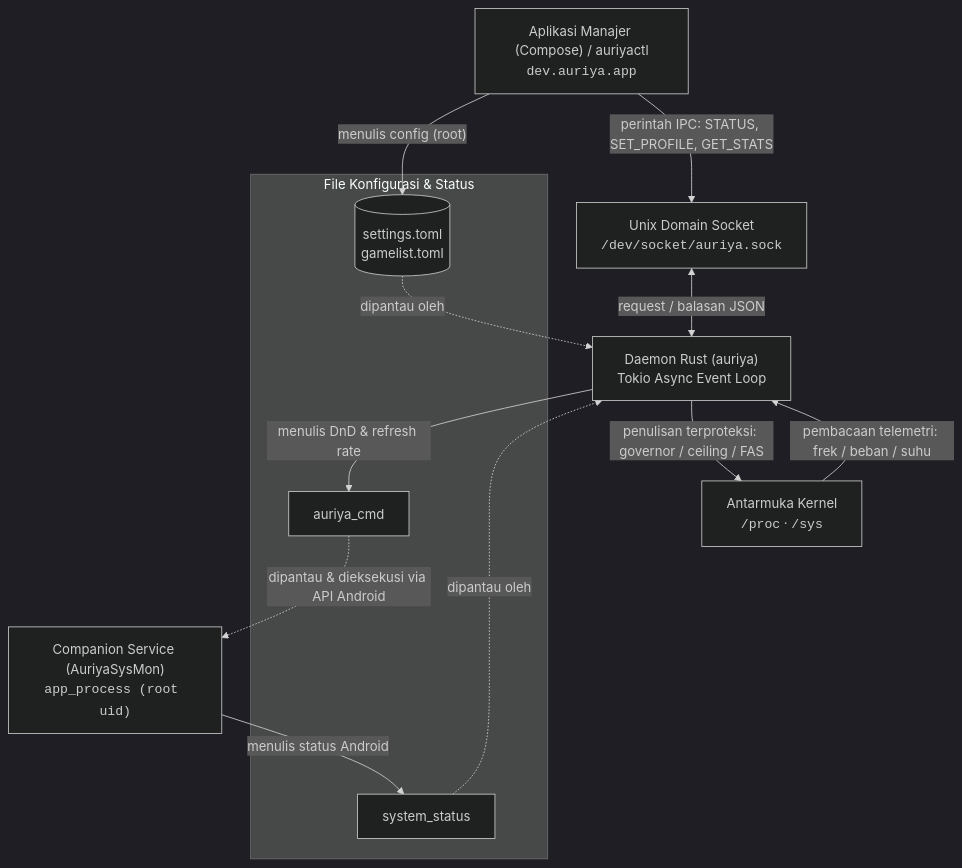
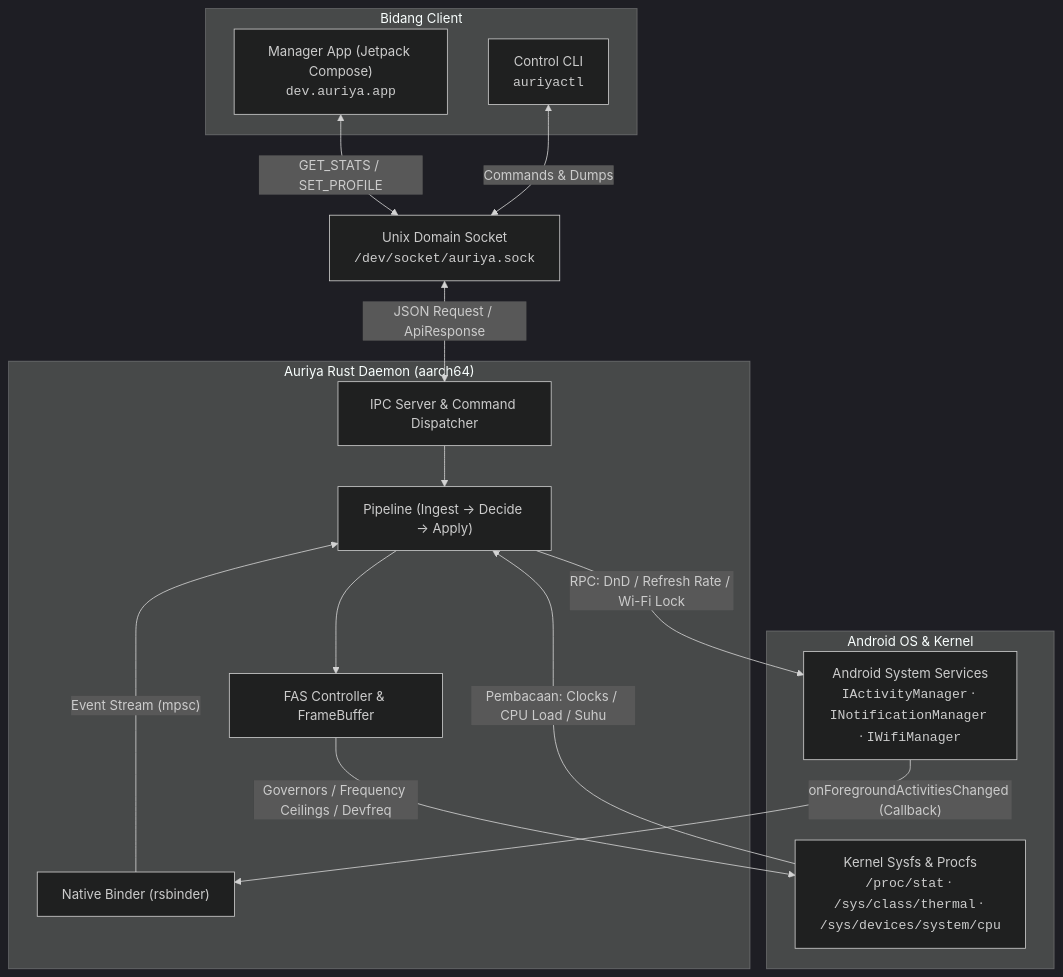
Before and after one commit to pavelc4/auriya-wiki: the first of 2 diagrams in src/content/docs/id/architecture/data-flow.md, drawn with Mermaid (dark theme). The commit also changed other lines of this file and 42 other files, not shown here.

Commit message:
docs: overhaul architecture documentation for v2.2.0 Native Binder IPC

````diff
--- a/src/content/docs/id/architecture/data-flow.md
+++ b/src/content/docs/id/architecture/data-flow.md
@@ -10,27 +8,34 @@
 ```mermaid
 flowchart TD
-    app["Aplikasi Manajer (Compose) / auriyactl<br/><code>dev.auriya.app</code>"]
-    sock["Unix Domain Socket<br/><code>/dev/socket/auriya.sock</code>"]
-    daemon["Daemon Rust (auriya)<br/>Tokio Async Event Loop"]
-    comp["Companion Service (AuriyaSysMon)<br/><code>app_process (root uid)</code>"]
-    kernel["Antarmuka Kernel<br/><code>/proc</code> · <code>/sys</code>"]
-
-    subgraph config_files ["File Konfigurasi & Status"]
-        cfg[("settings.toml<br/>gamelist.toml")]
-        status["system_status"]
-        cmd["auriya_cmd"]
+    subgraph Client ["Bidang Client"]
+        app["Manager App (Jetpack Compose)<br/><code>dev.auriya.app</code>"]
+        ctl["Control CLI<br/><code>auriyactl</code>"]
     end
 
-    app -->|"menulis config (root)"| cfg
-    cfg -.->|"dipantau oleh"| daemon
-    app -->|"perintah IPC: STATUS, SET_PROFILE, GET_STATS"| sock
-    sock <-->|"request / balasan JSON"| daemon
+    sock["Unix Domain Socket<br/><code>/dev/socket/auriya.sock</code>"]
 
-    comp -->|"menulis status Android"| status
-    status -.->|"dipantau oleh"| daemon
-    daemon -->|"menulis DnD & refresh rate"| cmd
-    cmd -.->|"dipantau & dieksekusi via API Android"| comp
+    subgraph Daemon ["Auriya Rust Daemon (aarch64)"]
+        ipc["IPC Server & Command Dispatcher"]
+        pipeline["Pipeline (Ingest -> Decide -> Apply)"]
+        fas["FAS Controller & FrameBuffer"]
+        binder["Native Binder (rsbinder)"]
+    end
 
-    daemon -->|"penulisan terproteksi: governor / ceiling / FAS"| kernel
-    kernel -->|"pembacaan telemetri: frek / beban / suhu"| daemon
+    subgraph AndroidOS ["Android OS & Kernel"]
+        fw["Android System Services<br/><code>IActivityManager</code> · <code>INotificationManager</code> · <code>IWifiManager</code>"]
+        kernel["Kernel Sysfs & Procfs<br/><code>/proc/stat</code> · <code>/sys/class/thermal</code> · <code>/sys/devices/system/cpu</code>"]
+    end
+
+    app <-->|"GET_STATS / SET_PROFILE"| sock
+    ctl <-->|"Commands & Dumps"| sock
+    sock <-->|"JSON Request / ApiResponse<T>"| ipc
+    ipc --> pipeline
+
+    fw -->|"onForegroundActivitiesChanged (Callback)"| binder
+    binder -->|"Event Stream (mpsc)"| pipeline
+    pipeline -->|"RPC: DnD / Refresh Rate / Wi-Fi Lock"| fw
+
+    pipeline --> fas
+    fas -->|"Governors / Frequency Ceilings / Devfreq"| kernel
+    kernel -->|"Pembacaan: Clocks / CPU Load / Suhu"| pipeline
 ```
````
